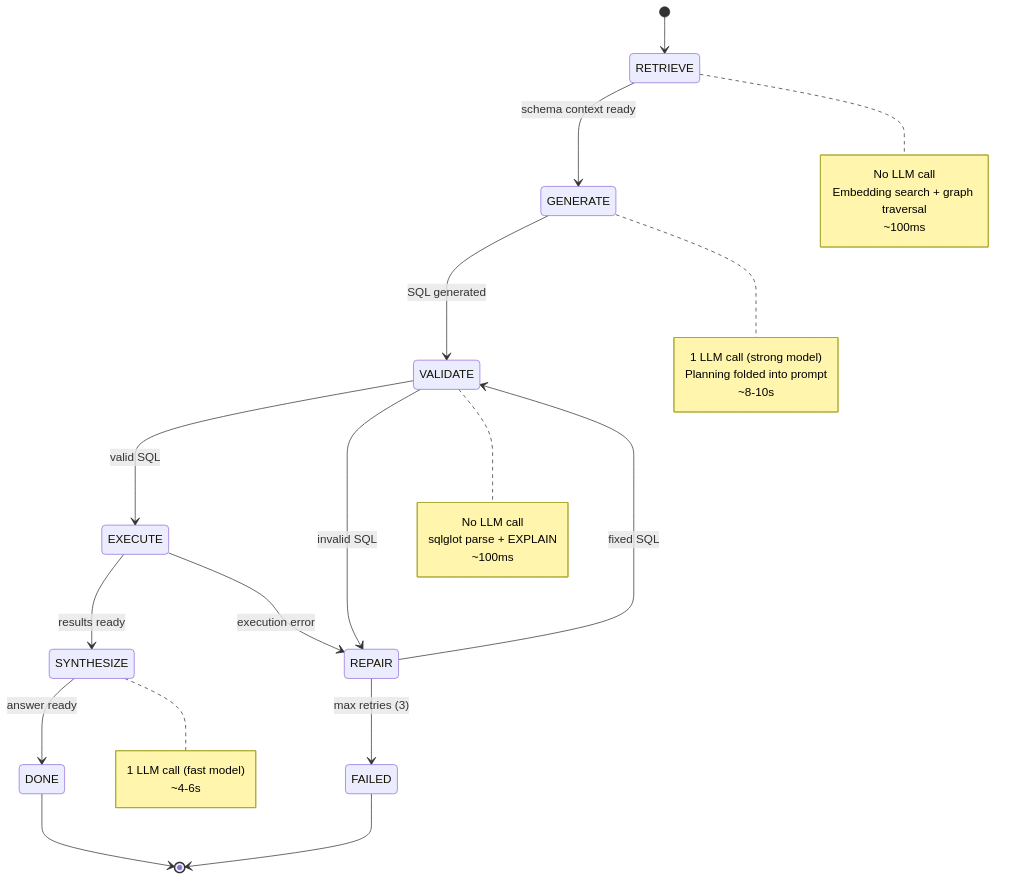
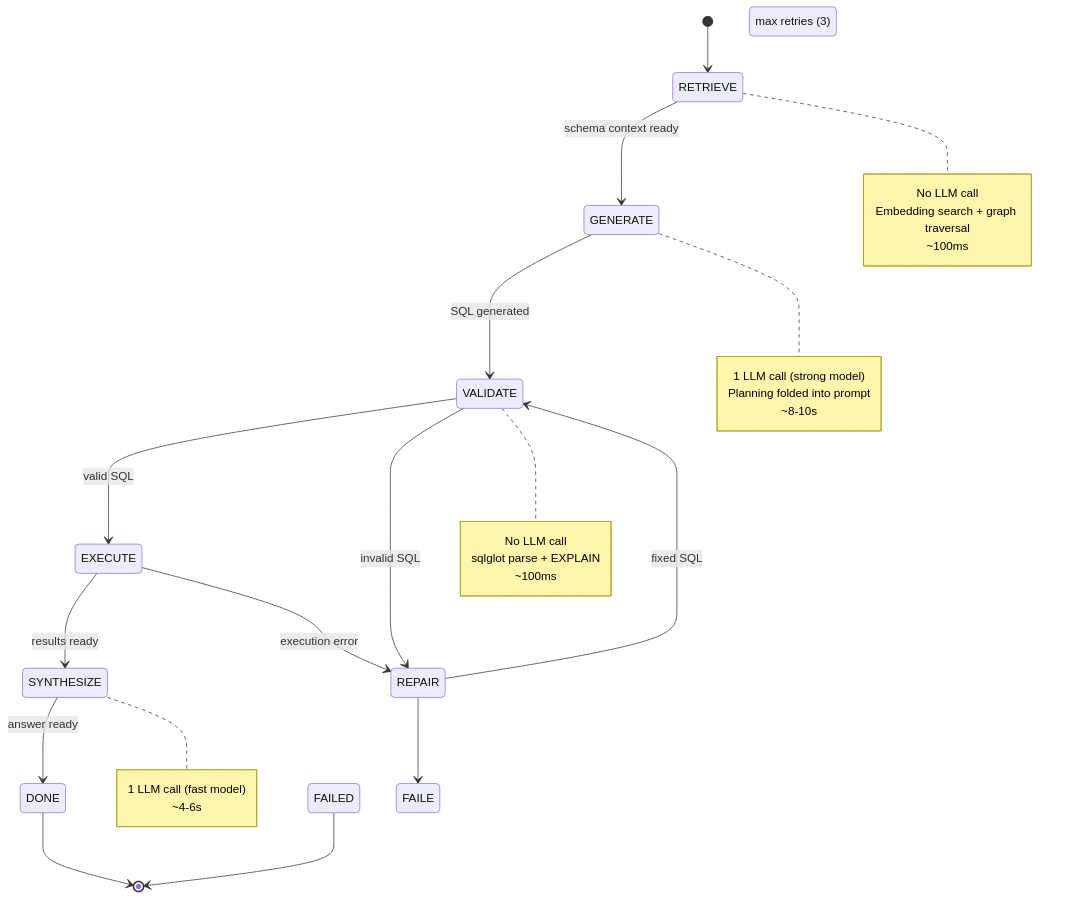
Before and after one commit to raghavparnami/structured-agent: the second of 7 diagrams in docs/architecture.md, drawn with Mermaid. The commit also changed 4 other files, not shown here.

````diff
--- a/docs/architecture.md
+++ b/docs/architecture.md
@@ -77,45 +77,46 @@
 ```mermaid
 stateDiagram-v2
     [*] --> RETRIEVE
 
     RETRIEVE --> GENERATE : schema context ready
 
     GENERATE --> VALIDATE : SQL generated
 
     VALIDATE --> EXECUTE : valid SQL
     VALIDATE --> REPAIR : invalid SQL
 
     REPAIR --> VALIDATE : fixed SQL
-    REPAIR --> FAILED : max retries (3)
+    REPAIR --> FAILE
+    D : max retries (3)
 
     EXECUTE --> SYNTHESIZE : results ready
     EXECUTE --> REPAIR : execution error
 
     SYNTHESIZE --> DONE : answer ready
 
     DONE --> [*]
     FAILED --> [*]
 
     note right of RETRIEVE
         No LLM call
         Embedding search + graph traversal
         ~100ms
     end note
 
     note right of GENERATE
         1 LLM call (strong model)
         Planning folded into prompt
         ~8-10s
     end note
 
     note right of VALIDATE
         No LLM call
         sqlglot parse + EXPLAIN
         ~100ms
     end note
 
     note right of SYNTHESIZE
         1 LLM call (fast model)
         ~4-6s
     end note
 ```
````
